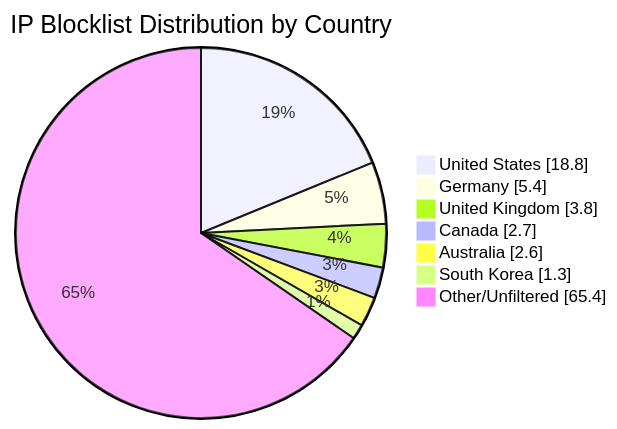
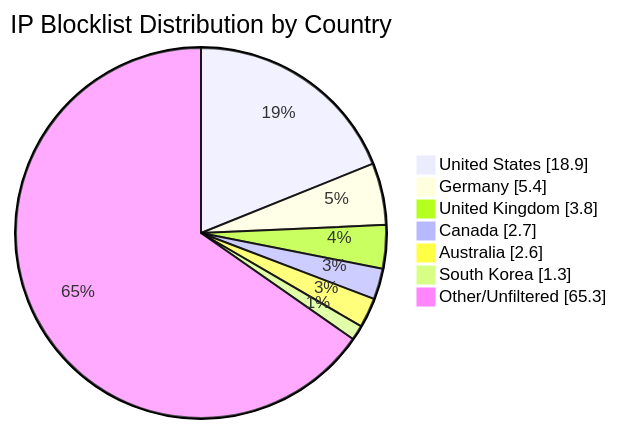
One commit to MarcusHoltz/ipblocklist-geofiltered-aggregator changed the diagram in README.md. Above: the diagram before and after it, drawn with Mermaid. The commit also changed other lines of this file and 9 other files, not shown here.

````diff
--- a/README.md
+++ b/README.md
@@ -34,10 +34,10 @@
 ```mermaid
 pie showData title IP Blocklist Distribution by Country
-"United States" : 18.8
+"United States" : 18.9
 "Germany" : 5.4
 "United Kingdom" : 3.8
 "Canada" : 2.7
 "Australia" : 2.6
 "South Korea" : 1.3
-"Other/Unfiltered" : 65.4
+"Other/Unfiltered" : 65.3
 ```
````
